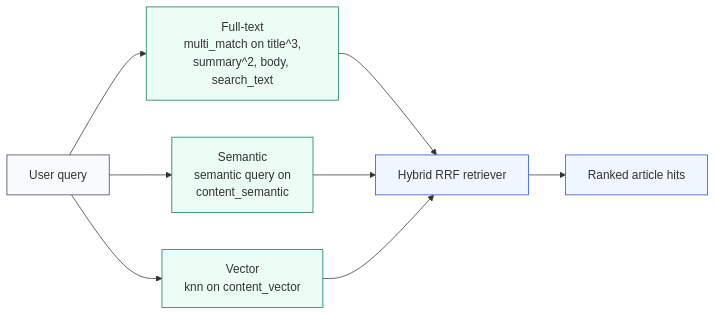
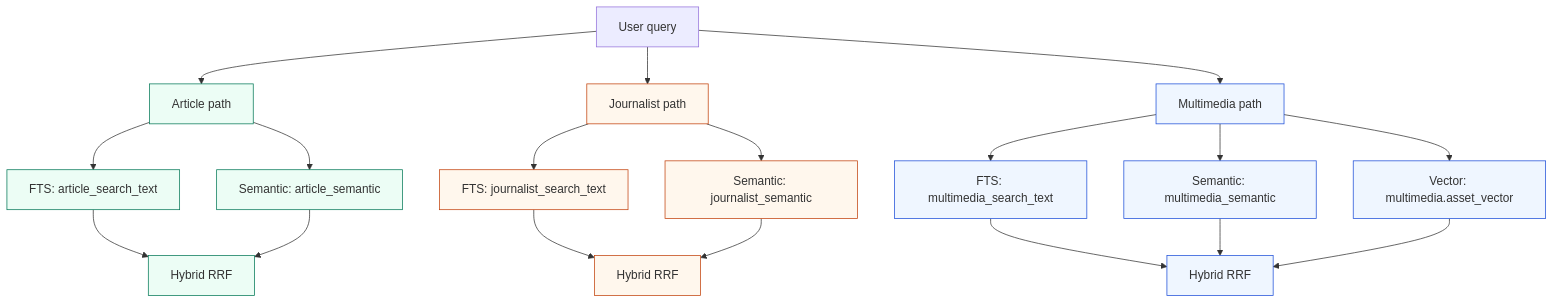
The third of 4 diagrams in docs/elasticsearch-denormalized-diagram.md (bigfito/gotham-media-browser), drawn with Mermaid before and after one commit. The commit also changed other lines of this file and 4 other files, not shown here.

````diff
--- a/docs/elasticsearch-denormalized-diagram.md
+++ b/docs/elasticsearch-denormalized-diagram.md
@@ -77,17 +110,30 @@
 ```mermaid
-flowchart LR
-  Q["User query"] --> FT["Full-text<br/>multi_match on title^3,<br/>summary^2, body, search_text"]
-  Q --> SEM["Semantic<br/>semantic query on<br/>content_semantic"]
-  Q --> VEC["Vector<br/>knn on content_vector"]
-  FT --> RRF["Hybrid RRF retriever"]
-  SEM --> RRF
-  VEC --> RRF
-  RRF --> HITS["Ranked article hits"]
+flowchart TB
+  Q["User query"] --> EA["Article path"]
+  Q --> EJ["Journalist path"]
+  Q --> EM["Multimedia path"]
 
-  classDef q fill:#F8FAFC,stroke:#334155;
-  classDef path fill:#ECFDF5,stroke:#047857;
-  classDef hybrid fill:#EFF6FF,stroke:#1D4ED8;
-  class Q q;
-  class FT,SEM,VEC path;
-  class RRF,HITS hybrid;
+  EA --> AFT["FTS: article_search_text"]
+  EA --> ASEM["Semantic: article_semantic"]
+  AFT --> AHY["Hybrid RRF"]
+  ASEM --> AHY
+
+  EJ --> JFT["FTS: journalist_search_text"]
+  EJ --> JSEM["Semantic: journalist_semantic"]
+  JFT --> JHY["Hybrid RRF"]
+  JSEM --> JHY
+
+  EM --> MFT["FTS: multimedia_search_text"]
+  EM --> MSEM["Semantic: multimedia_semantic"]
+  EM --> MVEC["Vector: multimedia.asset_vector"]
+  MFT --> MHY["Hybrid RRF"]
+  MSEM --> MHY
+  MVEC --> MHY
+
+  classDef art fill:#ECFDF5,stroke:#047857;
+  classDef jour fill:#FFF7ED,stroke:#C2410C;
+  classDef media fill:#EFF6FF,stroke:#1D4ED8;
+  class EA,AFT,ASEM,AHY art;
+  class EJ,JFT,JSEM,JHY jour;
+  class EM,MFT,MSEM,MVEC,MHY media;
 ```
````
